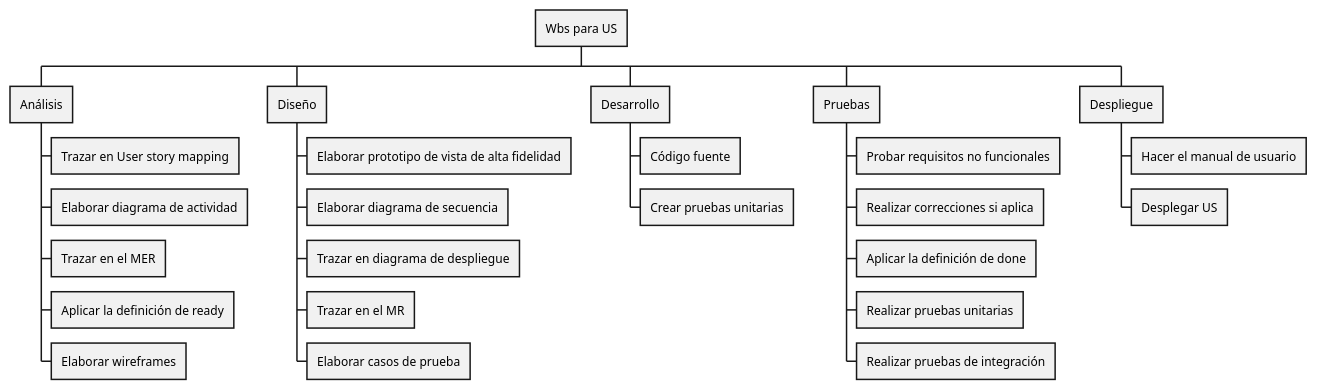
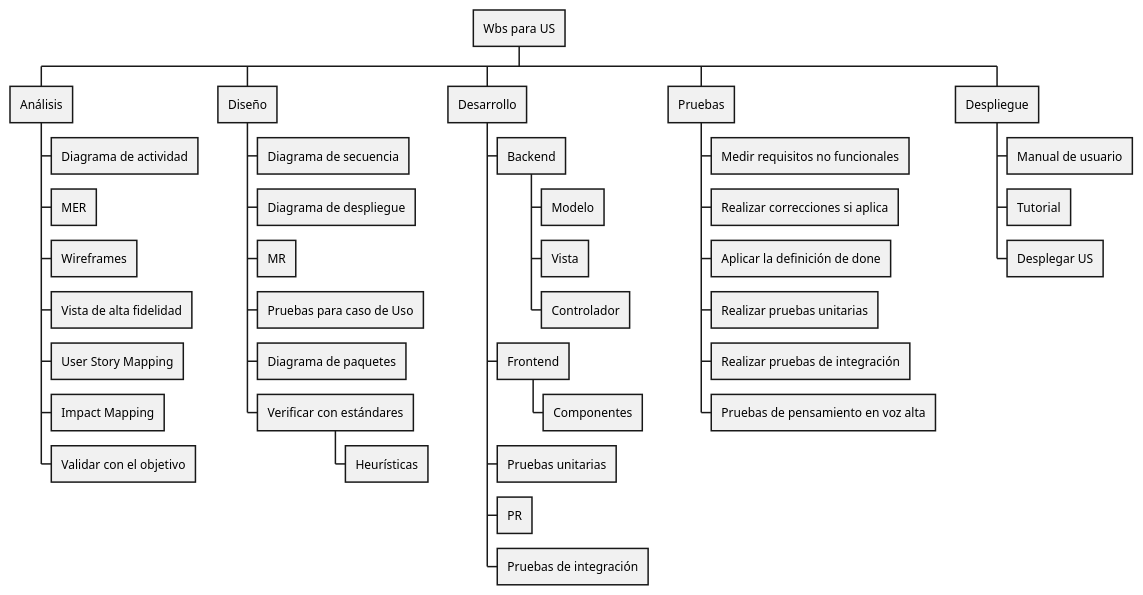
One commit to AztlanConsulting/Wiki changed the diagram in docs/Aztlan/Nuestros Proyectos/Ichan-RCHQ/Artefactos/WBSUserStories.md. Above: the diagram before and after it, drawn with PlantUML. The commit also changed other lines of this file and 1 other file, not shown here.

Commit message:
Update: Cambiar estructura del wbs del proyecto y agregar más actividades al wbs de una us

````diff
--- a/docs/Aztlan/Nuestros Proyectos/Ichan-RCHQ/Artefactos/WBSUserStories.md
+++ b/docs/Aztlan/Nuestros Proyectos/Ichan-RCHQ/Artefactos/WBSUserStories.md
@@ -8,35 +8,48 @@
 ```puml
 @startwbs
 * Wbs para US
 '-------------------------------------------
 ** Análisis
-*** Trazar en User story mapping
-*** Elaborar diagrama de actividad
-*** Trazar en el MER
-*** Aplicar la definición de ready
-*** Elaborar wireframes
+*** Diagrama de actividad
+*** MER
+*** Wireframes
+*** Vista de alta fidelidad
+*** User Story Mapping
+*** Impact Mapping
+*** Validar con el objetivo
 '-------------------------------------------
 ** Diseño
-*** Elaborar prototipo de vista de alta fidelidad
-*** Elaborar diagrama de secuencia
-*** Trazar en diagrama de despliegue
-*** Trazar en el MR
-*** Elaborar casos de prueba
+*** Diagrama de secuencia
+*** Diagrama de despliegue
+*** MR
+*** Pruebas para caso de Uso
+*** Diagrama de paquetes
+*** Verificar con estándares
+**** Heurísticas
 '-------------------------------------------
 ** Desarrollo
-*** Código fuente
-*** Crear pruebas unitarias
+*** Backend
+**** Modelo
+**** Vista
+**** Controlador
+*** Frontend
+**** Componentes
+*** Pruebas unitarias
+*** PR
+*** Pruebas de integración
 '-------------------------------------------
 ** Pruebas
-*** Probar requisitos no funcionales
+*** Medir requisitos no funcionales
 *** Realizar correcciones si aplica
 *** Aplicar la definición de done
 *** Realizar pruebas unitarias
 *** Realizar pruebas de integración
+*** Pruebas de pensamiento en voz alta
 '-------------------------------------------
 ** Despliegue
-*** Hacer el manual de usuario
+*** Manual de usuario
+*** Tutorial
 *** Desplegar US
 '-------------------------------------------
 @endwbs
 ```
````
